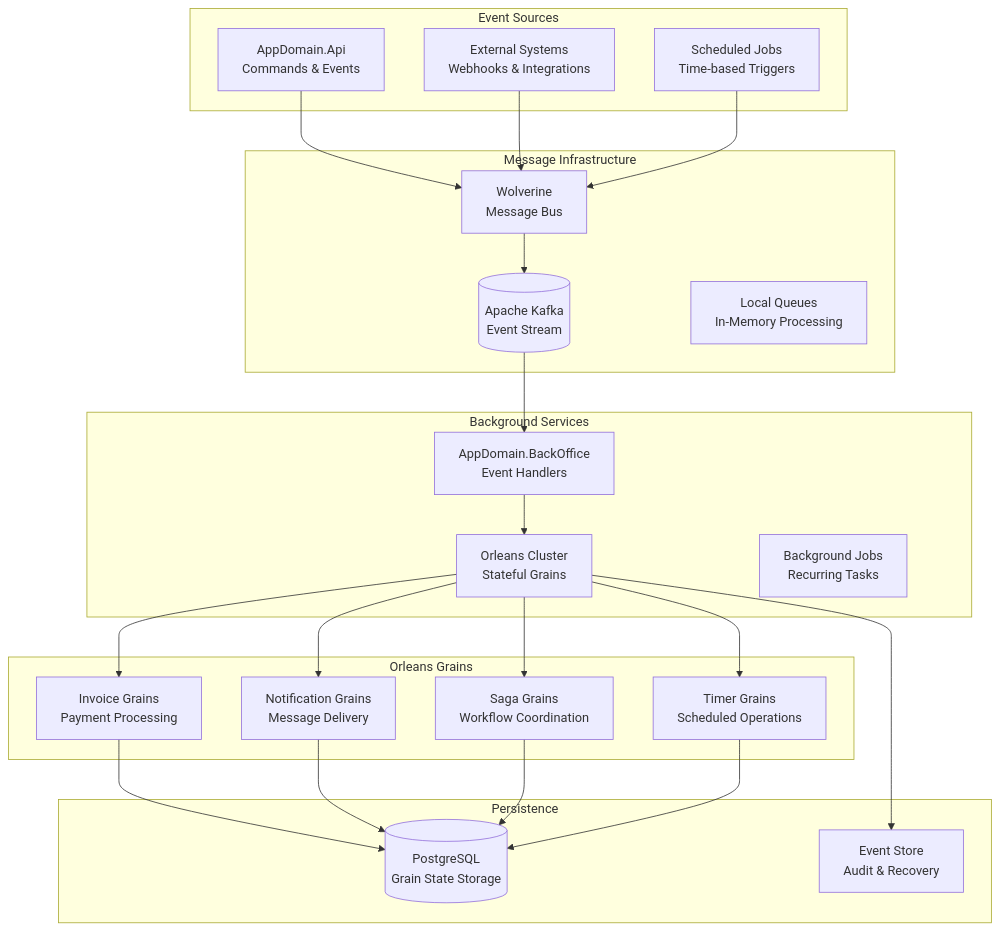
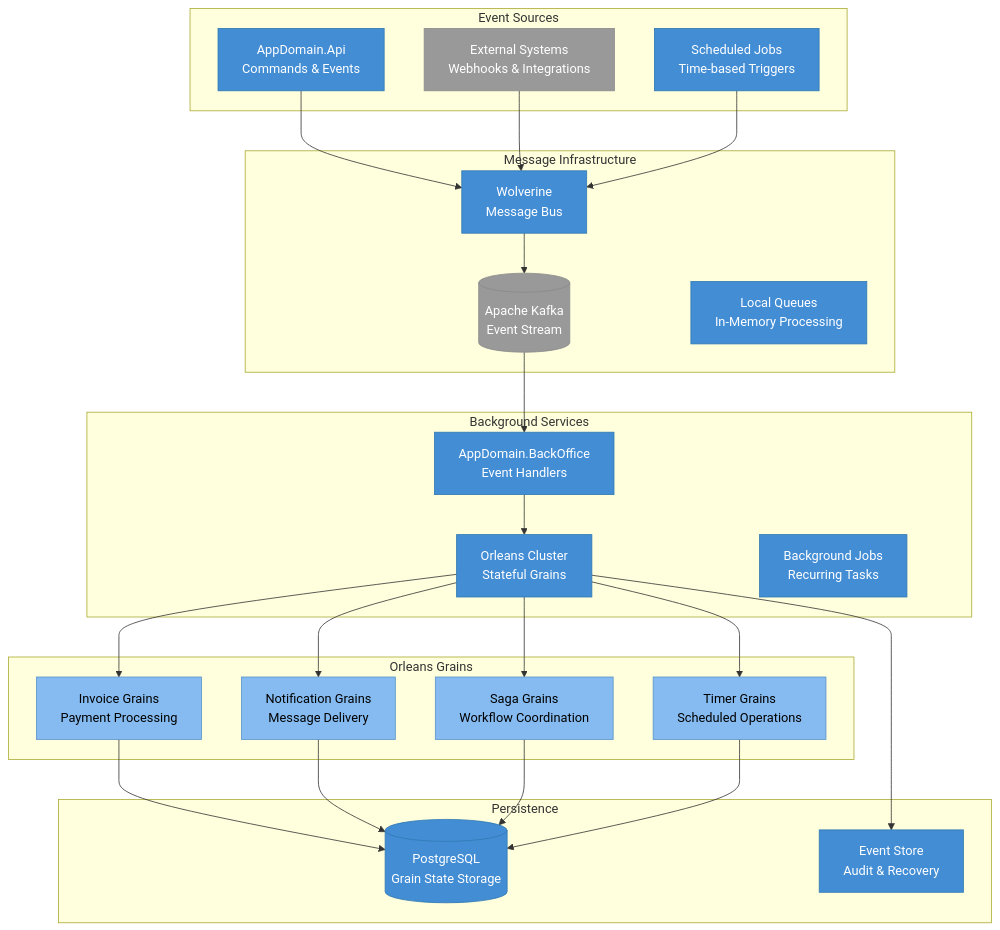
The diagram in docs/arch/background-processing.md (vgmello/momentum), drawn with Mermaid before and after one commit. The commit also changed other lines of this file and 6 other files, not shown here.

First line of the commit message:
Add neo mermaid look and C4-style actor colors to arch diagrams

````diff
--- a/docs/arch/background-processing.md
+++ b/docs/arch/background-processing.md
@@ -13,48 +13,56 @@
 ```mermaid
 graph TB
     subgraph "Event Sources"
         API[AppDomain.Api<br/>Commands & Events]
         External[External Systems<br/>Webhooks & Integrations]
         Scheduled[Scheduled Jobs<br/>Time-based Triggers]
     end
 
     subgraph "Message Infrastructure"
         Wolverine[Wolverine<br/>Message Bus]
         Kafka[(Apache Kafka<br/>Event Stream)]
         LocalQueues[Local Queues<br/>In-Memory Processing]
     end
 
     subgraph "Background Services"
         BackOffice[AppDomain.BackOffice<br/>Event Handlers]
         Orleans[Orleans Cluster<br/>Stateful Grains]
         Jobs[Background Jobs<br/>Recurring Tasks]
     end
 
     subgraph "Orleans Grains"
         InvoiceGrain[Invoice Grains<br/>Payment Processing]
         NotificationGrain[Notification Grains<br/>Message Delivery]
         SagaGrain[Saga Grains<br/>Workflow Coordination]
         TimerGrain[Timer Grains<br/>Scheduled Operations]
     end
 
     subgraph "Persistence"
         Database[(PostgreSQL<br/>Grain State Storage)]
         EventStore[Event Store<br/>Audit & Recovery]
     end
 
     API --> Wolverine
     External --> Wolverine
     Scheduled --> Wolverine
     Wolverine --> Kafka
     Kafka --> BackOffice
     BackOffice --> Orleans
     Orleans --> InvoiceGrain
     Orleans --> NotificationGrain
     Orleans --> SagaGrain
     Orleans --> TimerGrain
     InvoiceGrain --> Database
     NotificationGrain --> Database
     SagaGrain --> Database
     TimerGrain --> Database
     Orleans --> EventStore
+
+    classDef container fill:#438dd5,stroke:#3079b0,color:#ffffff
+    classDef component fill:#85bbf0,stroke:#5b93c8,color:#000000
+    classDef external fill:#999999,stroke:#8a8a8a,color:#ffffff
+
+    class API,Scheduled,Wolverine,LocalQueues,BackOffice,Orleans,Jobs,Database,EventStore container
+    class InvoiceGrain,NotificationGrain,SagaGrain,TimerGrain component
+    class External,Kafka external
 ```
````
